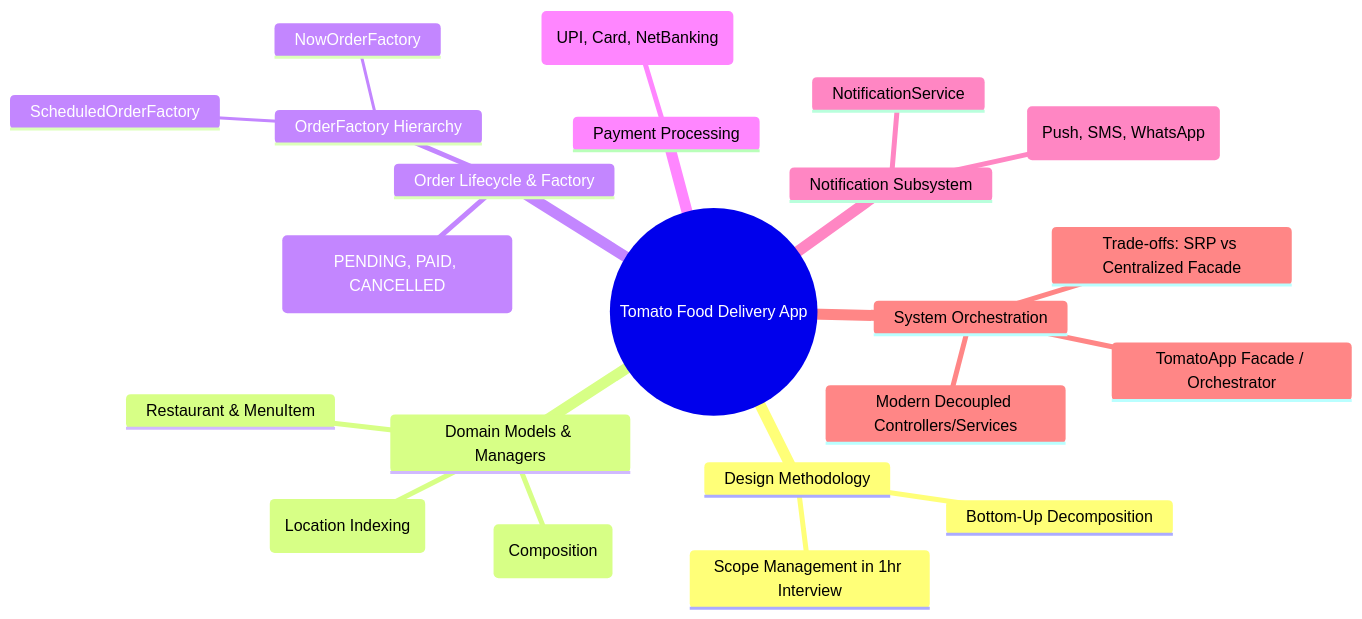
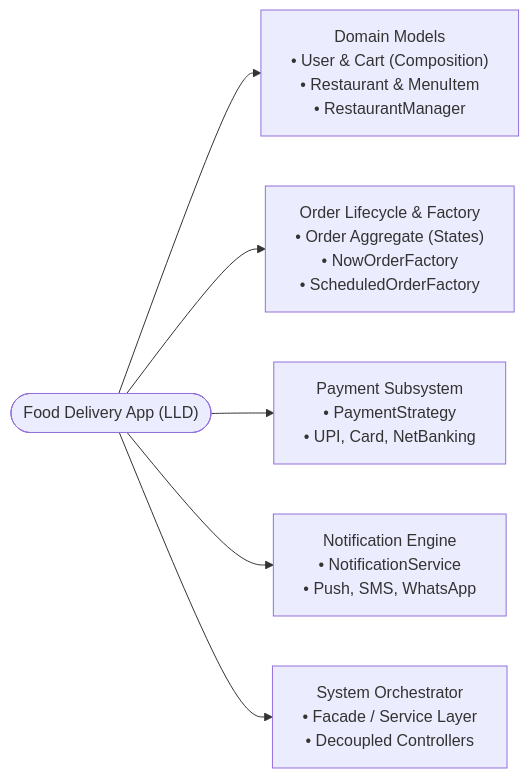
One commit to rohithgowda18/Notes changed the first of 3 diagrams in 04-OOPs-and-Design-Patterns/04-LLD-Case-Studies/11-Build-Zomato-Food-Delivery-App.md. Above: the diagram before and after it, drawn with Mermaid. The commit also changed 15 other files, not shown here.

Commit message:
docs: audit Mermaid diagrams, optimize side-by-side layouts, and deduplicate DBMS advanced notes

````diff
--- a/04-OOPs-and-Design-Patterns/04-LLD-Case-Studies/11-Build-Zomato-Food-Delivery-App.md
+++ b/04-OOPs-and-Design-Patterns/04-LLD-Case-Studies/11-Build-Zomato-Food-Delivery-App.md
@@ -17,25 +17,10 @@
 ```mermaid
-mindmap
-  root((Tomato Food Delivery App))
-    Design Methodology
-      Bottom-Up Decomposition
-      Scope Management in 1hr Interview
-    Domain Models & Managers
-      User & Cart (Composition)
-      Restaurant & MenuItem
-      RestaurantManager (Location Indexing)
-    Order Lifecycle & Factory
-      Order Aggregate (PENDING, PAID, CANCELLED)
-      OrderFactory Hierarchy
-        NowOrderFactory
-        ScheduledOrderFactory
-    Payment Processing
-      PaymentStrategy (UPI, Card, NetBanking)
-    Notification Subsystem
-      NotificationService
-      Extensible Multi-Channel (Push, SMS, WhatsApp)
-    System Orchestration
-      TomatoApp Facade / Orchestrator
-      Trade-offs: SRP vs Centralized Facade
-      Modern Decoupled Controllers/Services
+flowchart LR
+    Root(["Food Delivery App (LLD)"])
+
+    Root --> Domain["Domain Models<br/>• User & Cart (Composition)<br/>• Restaurant & MenuItem<br/>• RestaurantManager"]
+    Root --> Lifecycle["Order Lifecycle & Factory<br/>• Order Aggregate (States)<br/>• NowOrderFactory<br/>• ScheduledOrderFactory"]
+    Root --> Payment["Payment Subsystem<br/>• PaymentStrategy<br/>• UPI, Card, NetBanking"]
+    Root --> Notify["Notification Engine<br/>• NotificationService<br/>• Push, SMS, WhatsApp"]
+    Root --> Orchestration["System Orchestrator<br/>• Facade / Service Layer<br/>• Decoupled Controllers"]
 ```
````
